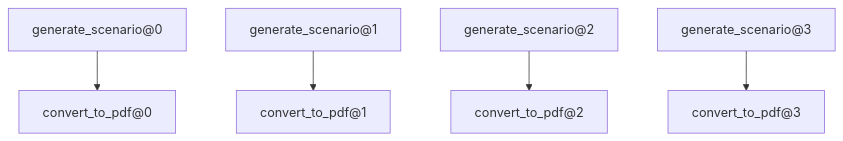
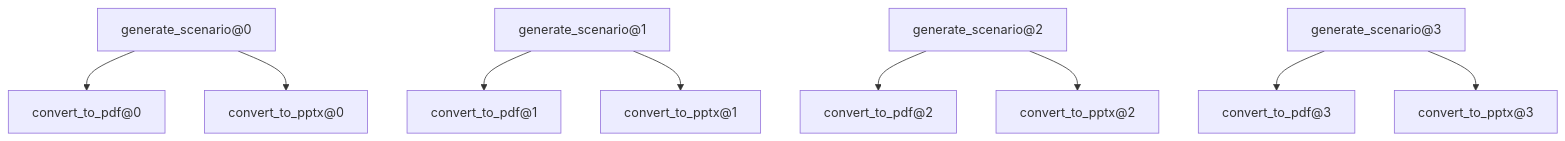
The diagram in PIPELINE.md (u-masao/presentation-of-mathematical-optimization), drawn with Mermaid before and after one commit.

Commit message:
update dvc pipeline

````diff
--- a/PIPELINE.md
+++ b/PIPELINE.md
@@ -1,15 +1,23 @@
 ```mermaid
 flowchart TD
 	node1["convert_to_pdf@0"]
-	node2["generate_scenario@0"]
-	node2-->node1
-	node3["convert_to_pdf@1"]
-	node4["generate_scenario@1"]
-	node4-->node3
-	node5["convert_to_pdf@2"]
-	node6["generate_scenario@2"]
+	node2["convert_to_pptx@0"]
+	node3["generate_scenario@0"]
+	node3-->node1
+	node3-->node2
+	node4["convert_to_pdf@1"]
+	node5["convert_to_pptx@1"]
+	node6["generate_scenario@1"]
+	node6-->node4
 	node6-->node5
-	node7["convert_to_pdf@3"]
-	node8["generate_scenario@3"]
-	node8-->node7
+	node7["convert_to_pdf@2"]
+	node8["convert_to_pptx@2"]
+	node9["generate_scenario@2"]
+	node9-->node7
+	node9-->node8
+	node10["convert_to_pdf@3"]
+	node11["convert_to_pptx@3"]
+	node12["generate_scenario@3"]
+	node12-->node10
+	node12-->node11
 ```
````
